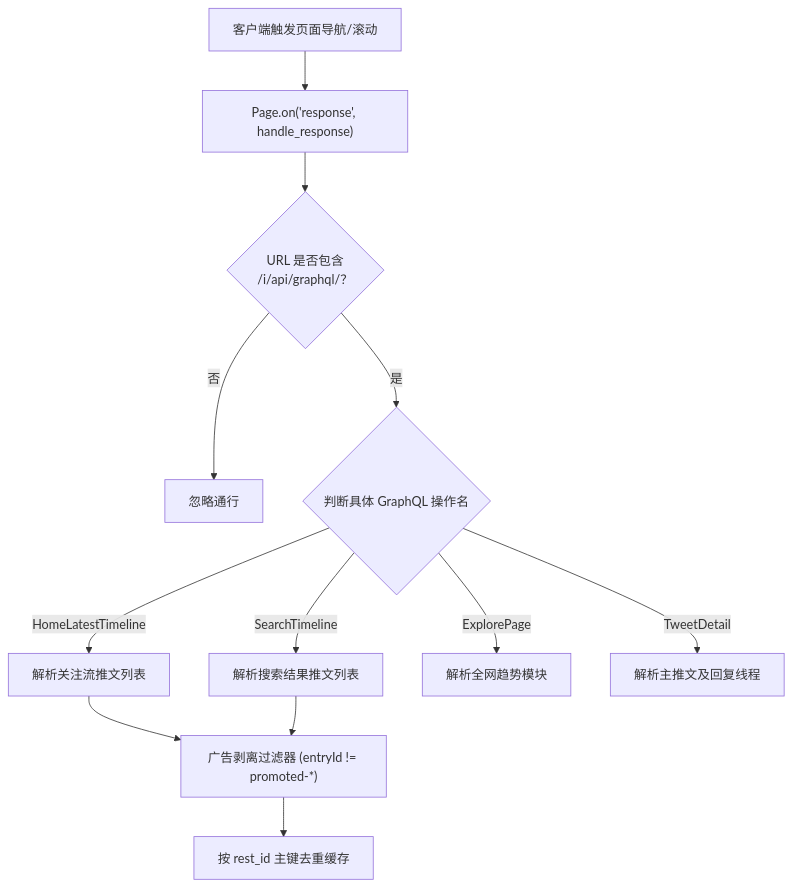
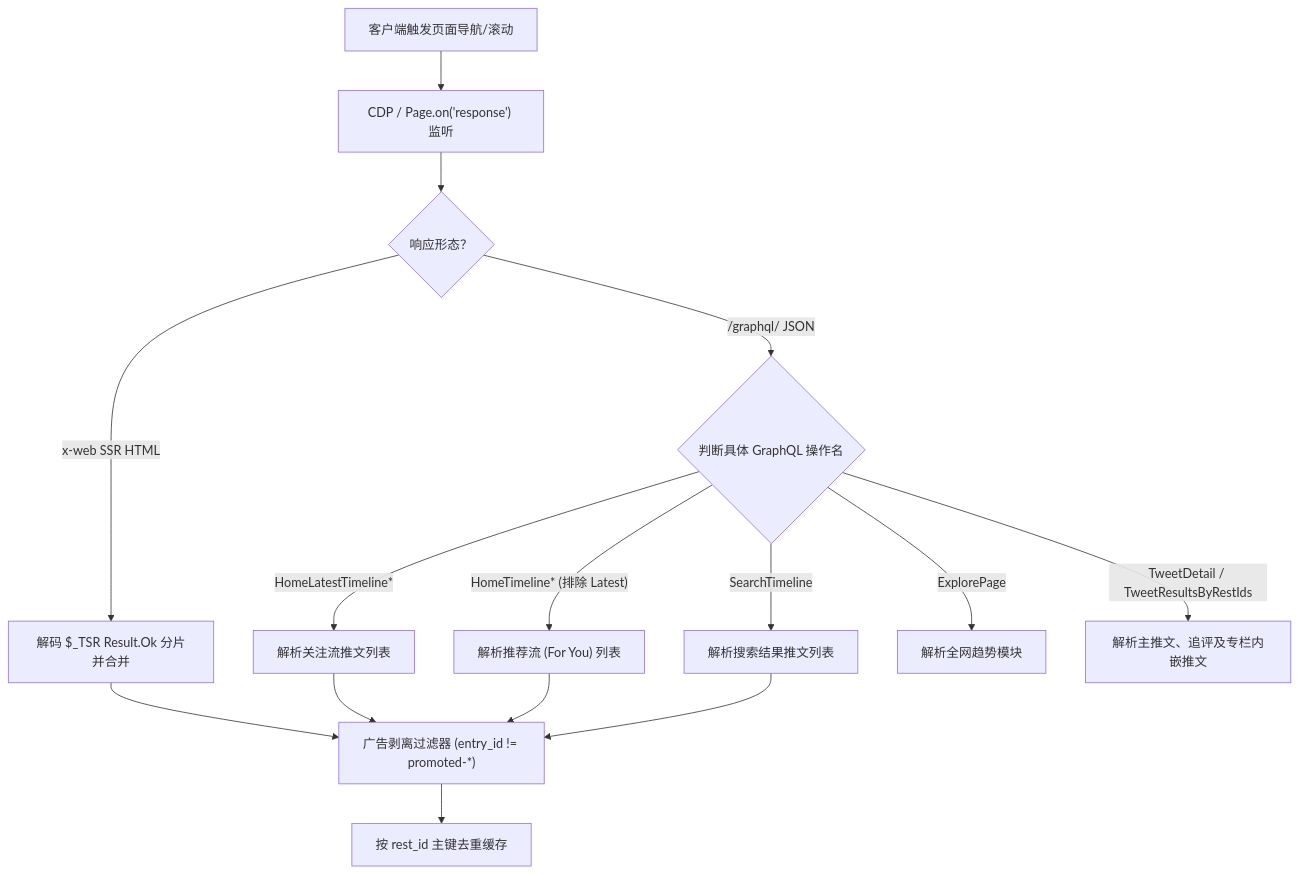
One commit to monkeychen/xtract changed the second of 5 diagrams in docs/detailed_design.md. Above: the diagram before and after it, drawn with Mermaid. The commit also changed other lines of this file and 8 other files, not shown here.

Commit message:
docs: align all manuals, architecture, design, skill and logs with v0.1.4

````diff
--- a/docs/detailed_design.md
+++ b/docs/detailed_design.md
@@ -107,15 +108,18 @@
 ```mermaid
 flowchart TD
-    Req[客户端触发页面导航/滚动] --> Listen["Page.on('response', handle_response)"]
-    Listen --> CheckURL{"URL 是否包含\n/i/api/graphql/？"}
-    CheckURL -- "否" --> Pass[忽略通行]
-    CheckURL -- "是" --> RouteType{"判断具体 GraphQL 操作名"}
-    RouteType -- "HomeLatestTimeline" --> ParseFollowing["解析关注流推文列表"]
+    Req[客户端触发页面导航/滚动] --> Listen["CDP / Page.on('response') 监听"]
+    Listen --> CheckType{"响应形态？"}
+    CheckType -- "x-web SSR HTML" --> ParseSSR["解码 $_TSR Result.Ok 分片并合并"]
+    CheckType -- "/graphql/ JSON" --> RouteType{"判断具体 GraphQL 操作名"}
+    RouteType -- "HomeLatestTimeline*" --> ParseFollowing["解析关注流推文列表"]
+    RouteType -- "HomeTimeline* (排除 Latest)" --> ParseRec["解析推荐流 (For You) 列表"]
     RouteType -- "SearchTimeline" --> ParseSearch["解析搜索结果推文列表"]
     RouteType -- "ExplorePage" --> ParseTrends["解析全网趋势模块"]
-    RouteType -- "TweetDetail" --> ParseDetail["解析主推文及回复线程"]
+    RouteType -- "TweetDetail / TweetResultsByRestIds" --> ParseDetail["解析主推文、追评及专栏内嵌推文"]
     
-    ParseFollowing --> DePromote["广告剥离过滤器 (entryId != promoted-*)"]
+    ParseSSR --> DePromote["广告剥离过滤器 (entry_id != promoted-*)"]
+    ParseFollowing --> DePromote
+    ParseRec --> DePromote
     ParseSearch --> DePromote
     DePromote --> Deduplicate["按 rest_id 主键去重缓存"]
 ```
````
